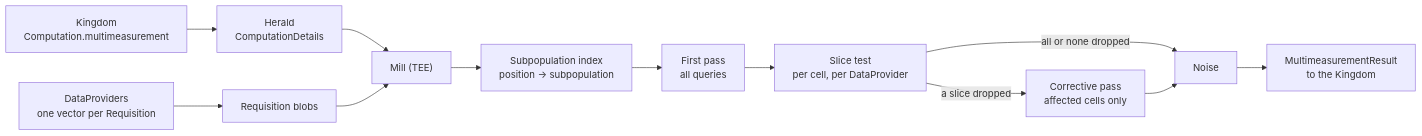
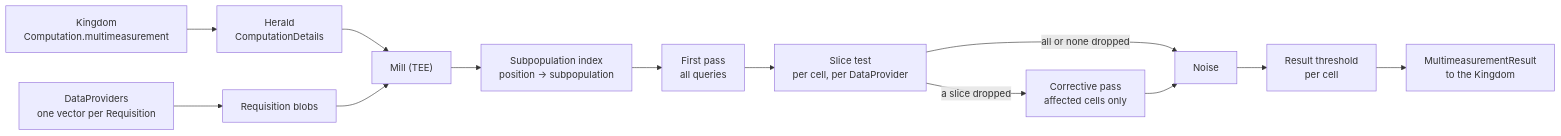
One commit to world-federation-of-advertisers/cross-media-measurement changed the diagram in docs/trustee/v2-mill-evaluation.md. Above: the diagram before and after it, drawn with Mermaid. The commit also changed other lines of this file, not shown here.

First line of the commit message:
docs: Threshold each TrusTEE v2 cell as a result.

````diff
--- a/docs/trustee/v2-mill-evaluation.md
+++ b/docs/trustee/v2-mill-evaluation.md
@@ -18,14 +18,15 @@
 ```mermaid
 flowchart LR
   K["Kingdom<br/>Computation.multimeasurement"] --> H["Herald<br/>ComputationDetails"]
   D["DataProviders<br/>one vector per Requisition"] --> B["Requisition blobs"]
   H --> M["Mill (TEE)"]
   B --> M
   M --> I["Subpopulation index<br/>position → subpopulation"]
   I --> E["First pass<br/>all queries"]
   E --> S["Slice test<br/>per cell, per DataProvider"]
   S -- "a slice dropped" --> C["Corrective pass<br/>affected cells only"]
   S -- "all or none dropped" --> N["Noise"]
   C --> N
-  N --> R["MultimeasurementResult<br/>to the Kingdom"]
+  N --> T["Result threshold<br/>per cell"]
+  T --> R["MultimeasurementResult<br/>to the Kingdom"]
 ```
````
